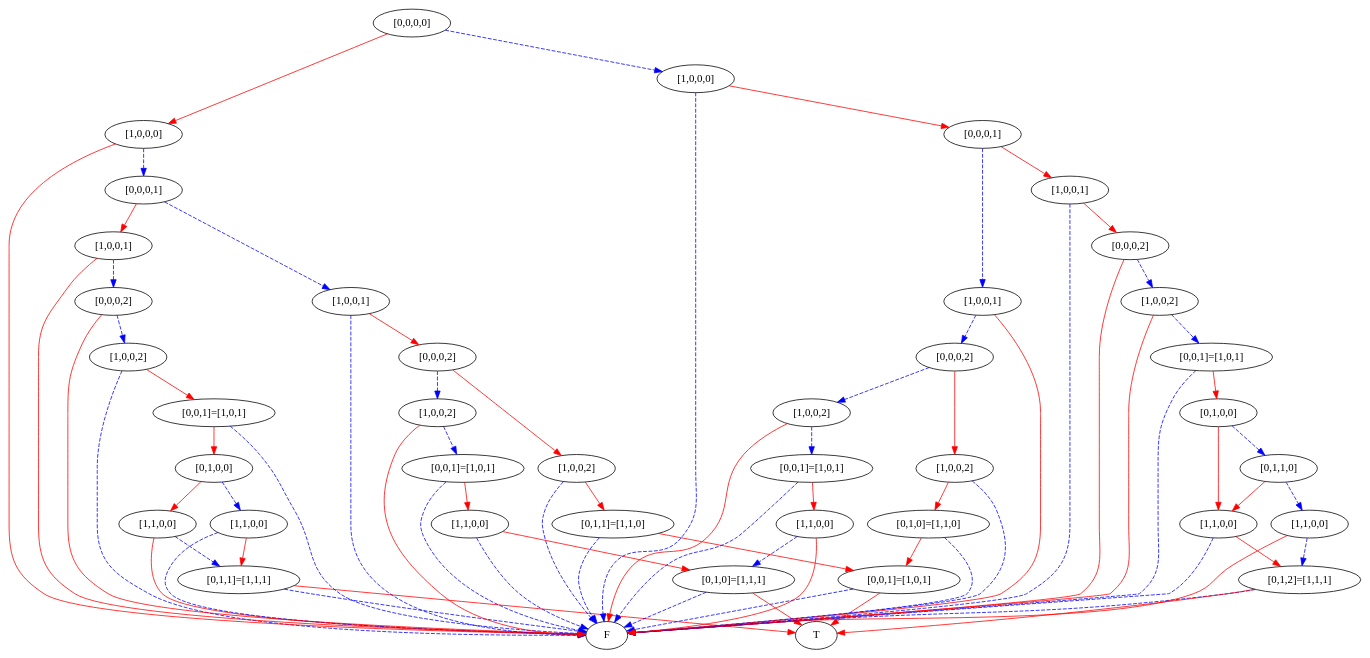
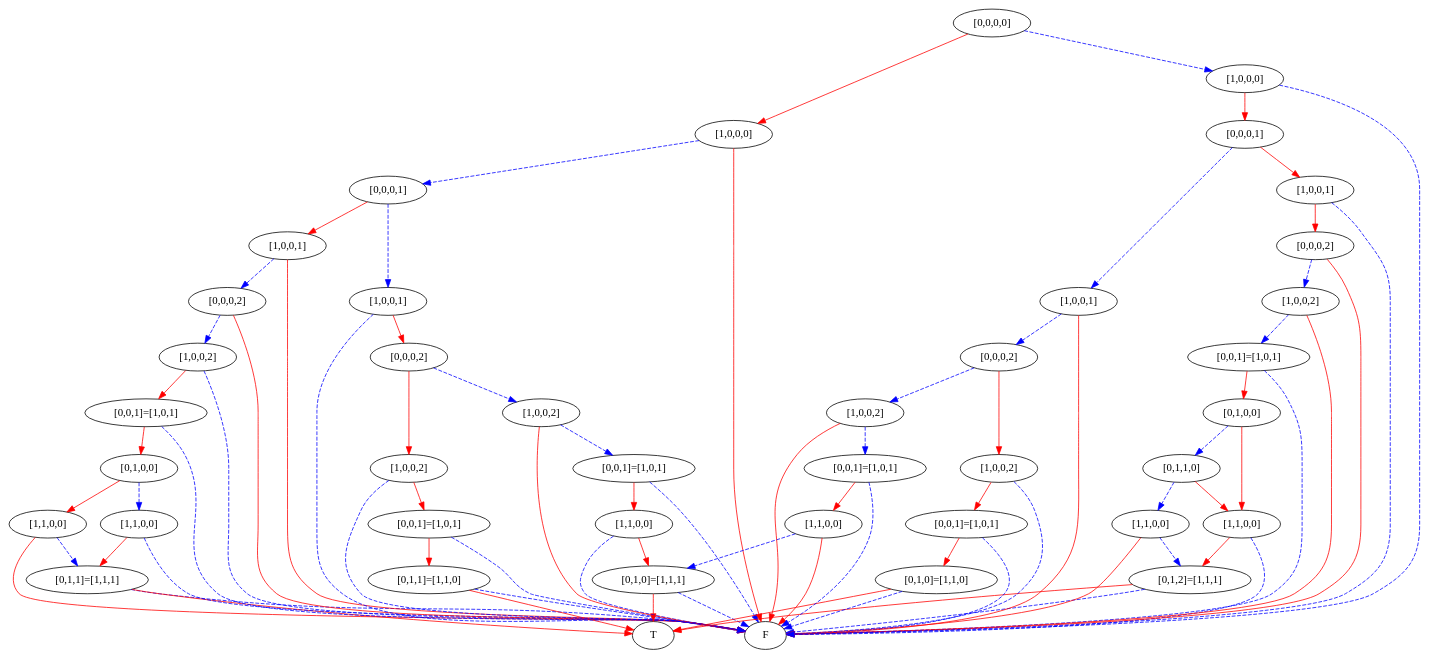
The diagram in simpleProgram1.dot (mburyakov/minxmod), drawn with Graphviz before and after one commit. The commit also changed 4 other files, not shown here.

```diff
--- a/simpleProgram1.dot
+++ b/simpleProgram1.dot
@@ -1,156 +1,160 @@
 digraph {
     1 [label=F];
     2 [label=T];
     3 [label="[0,1,1]=[1,1,1]"];
     4 [label="[1,1,0,0]"];
     5 [label="[1,1,0,0]"];
     6 [label="[0,1,0,0]"];
     7 [label="[0,0,1]=[1,0,1]"];
     8 [label="[1,0,0,2]"];
     9 [label="[0,0,0,2]"];
     10 [label="[1,0,0,1]"];
-    11 [label="[0,0,1]=[1,0,1]"];
-    12 [label="[0,1,1]=[1,1,0]"];
+    11 [label="[0,1,1]=[1,1,0]"];
+    12 [label="[0,0,1]=[1,0,1]"];
     13 [label="[1,0,0,2]"];
     14 [label="[0,1,0]=[1,1,1]"];
     15 [label="[1,1,0,0]"];
     16 [label="[0,0,1]=[1,0,1]"];
     17 [label="[1,0,0,2]"];
     18 [label="[0,0,0,2]"];
     19 [label="[1,0,0,1]"];
     20 [label="[0,0,0,1]"];
     21 [label="[1,0,0,0]"];
     22 [label="[0,1,2]=[1,1,1]"];
     23 [label="[1,1,0,0]"];
     24 [label="[1,1,0,0]"];
     25 [label="[0,1,1,0]"];
     26 [label="[0,1,0,0]"];
     27 [label="[0,0,1]=[1,0,1]"];
     28 [label="[1,0,0,2]"];
     29 [label="[0,0,0,2]"];
     30 [label="[1,0,0,1]"];
     31 [label="[0,1,0]=[1,1,0]"];
-    32 [label="[1,0,0,2]"];
-    33 [label="[1,1,0,0]"];
-    34 [label="[0,0,1]=[1,0,1]"];
-    35 [label="[1,0,0,2]"];
-    36 [label="[0,0,0,2]"];
-    37 [label="[1,0,0,1]"];
-    38 [label="[0,0,0,1]"];
-    39 [label="[1,0,0,0]"];
-    40 [label="[0,0,0,0]"];
+    32 [label="[0,0,1]=[1,0,1]"];
+    33 [label="[1,0,0,2]"];
+    34 [label="[1,1,0,0]"];
+    35 [label="[0,0,1]=[1,0,1]"];
+    36 [label="[1,0,0,2]"];
+    37 [label="[0,0,0,2]"];
+    38 [label="[1,0,0,1]"];
+    39 [label="[0,0,0,1]"];
+    40 [label="[1,0,0,0]"];
+    41 [label="[0,0,0,0]"];
     3 -> 1 [style=dashed
            ,color=blue];
     3 -> 2 [color=red];
     4 -> 3 [style=dashed
            ,color=blue];
     4 -> 1 [color=red];
     5 -> 3 [color=red];
     5 -> 1 [style=dashed
            ,color=blue];
     6 -> 4 [color=red];
     6 -> 5 [style=dashed
            ,color=blue];
     7 -> 6 [color=red];
     7 -> 1 [style=dashed
            ,color=blue];
     8 -> 7 [color=red];
     8 -> 1 [style=dashed
            ,color=blue];
     9 -> 8 [style=dashed
            ,color=blue];
     9 -> 1 [color=red];
     10 -> 9 [style=dashed
             ,color=blue];
     10 -> 1 [color=red];
     11 -> 1 [style=dashed
             ,color=blue];
     11 -> 2 [color=red];
     12 -> 11 [color=red];
     12 -> 1 [style=dashed
             ,color=blue];
     13 -> 12 [color=red];
     13 -> 1 [style=dashed
             ,color=blue];
     14 -> 1 [style=dashed
             ,color=blue];
     14 -> 2 [color=red];
     15 -> 14 [color=red];
     15 -> 1 [style=dashed
             ,color=blue];
     16 -> 15 [color=red];
     16 -> 1 [style=dashed
             ,color=blue];
     17 -> 16 [style=dashed
              ,color=blue];
     17 -> 1 [color=red];
     18 -> 13 [color=red];
     18 -> 17 [style=dashed
              ,color=blue];
     19 -> 18 [color=red];
     19 -> 1 [style=dashed
             ,color=blue];
     20 -> 10 [color=red];
     20 -> 19 [style=dashed
              ,color=blue];
     21 -> 20 [style=dashed
              ,color=blue];
     21 -> 1 [color=red];
     22 -> 1 [style=dashed
             ,color=blue];
     22 -> 2 [color=red];
     23 -> 22 [color=red];
     23 -> 1 [style=dashed
             ,color=blue];
     24 -> 22 [style=dashed
              ,color=blue];
     24 -> 1 [color=red];
     25 -> 23 [color=red];
     25 -> 24 [style=dashed
              ,color=blue];
     26 -> 23 [color=red];
     26 -> 25 [style=dashed
              ,color=blue];
     27 -> 26 [color=red];
     27 -> 1 [style=dashed
             ,color=blue];
     28 -> 27 [style=dashed
              ,color=blue];
     28 -> 1 [color=red];
     29 -> 28 [style=dashed
              ,color=blue];
     29 -> 1 [color=red];
     30 -> 29 [color=red];
     30 -> 1 [style=dashed
             ,color=blue];
-    31 -> 11 [color=red];
     31 -> 1 [style=dashed
             ,color=blue];
+    31 -> 2 [color=red];
     32 -> 31 [color=red];
     32 -> 1 [style=dashed
             ,color=blue];
-    33 -> 14 [style=dashed
+    33 -> 32 [color=red];
+    33 -> 1 [style=dashed
+            ,color=blue];
+    34 -> 14 [style=dashed
              ,color=blue];
-    33 -> 1 [color=red];
-    34 -> 33 [color=red];
-    34 -> 1 [style=dashed
+    34 -> 1 [color=red];
+    35 -> 34 [color=red];
+    35 -> 1 [style=dashed
             ,color=blue];
-    35 -> 34 [style=dashed
-             ,color=blue];
-    35 -> 1 [color=red];
-    36 -> 32 [color=red];
     36 -> 35 [style=dashed
              ,color=blue];
+    36 -> 1 [color=red];
+    37 -> 33 [color=red];
     37 -> 36 [style=dashed
              ,color=blue];
-    37 -> 1 [color=red];
-    38 -> 30 [color=red];
     38 -> 37 [style=dashed
              ,color=blue];
-    39 -> 38 [color=red];
-    39 -> 1 [style=dashed
+    38 -> 1 [color=red];
+    39 -> 30 [color=red];
+    39 -> 38 [style=dashed
+             ,color=blue];
+    40 -> 39 [color=red];
+    40 -> 1 [style=dashed
             ,color=blue];
-    40 -> 21 [color=red];
-    40 -> 39 [style=dashed
+    41 -> 21 [color=red];
+    41 -> 40 [style=dashed
              ,color=blue];
 }
```
